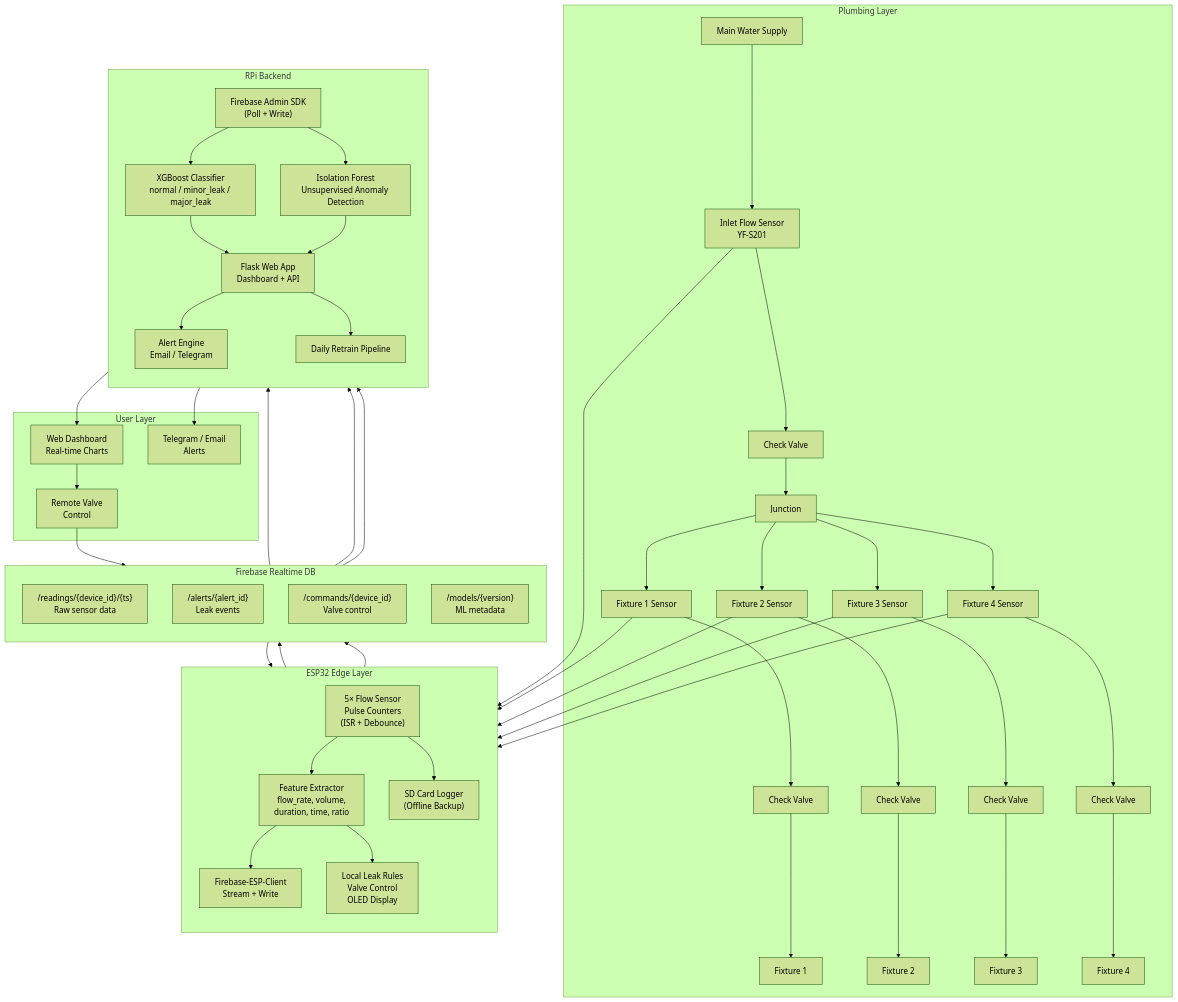
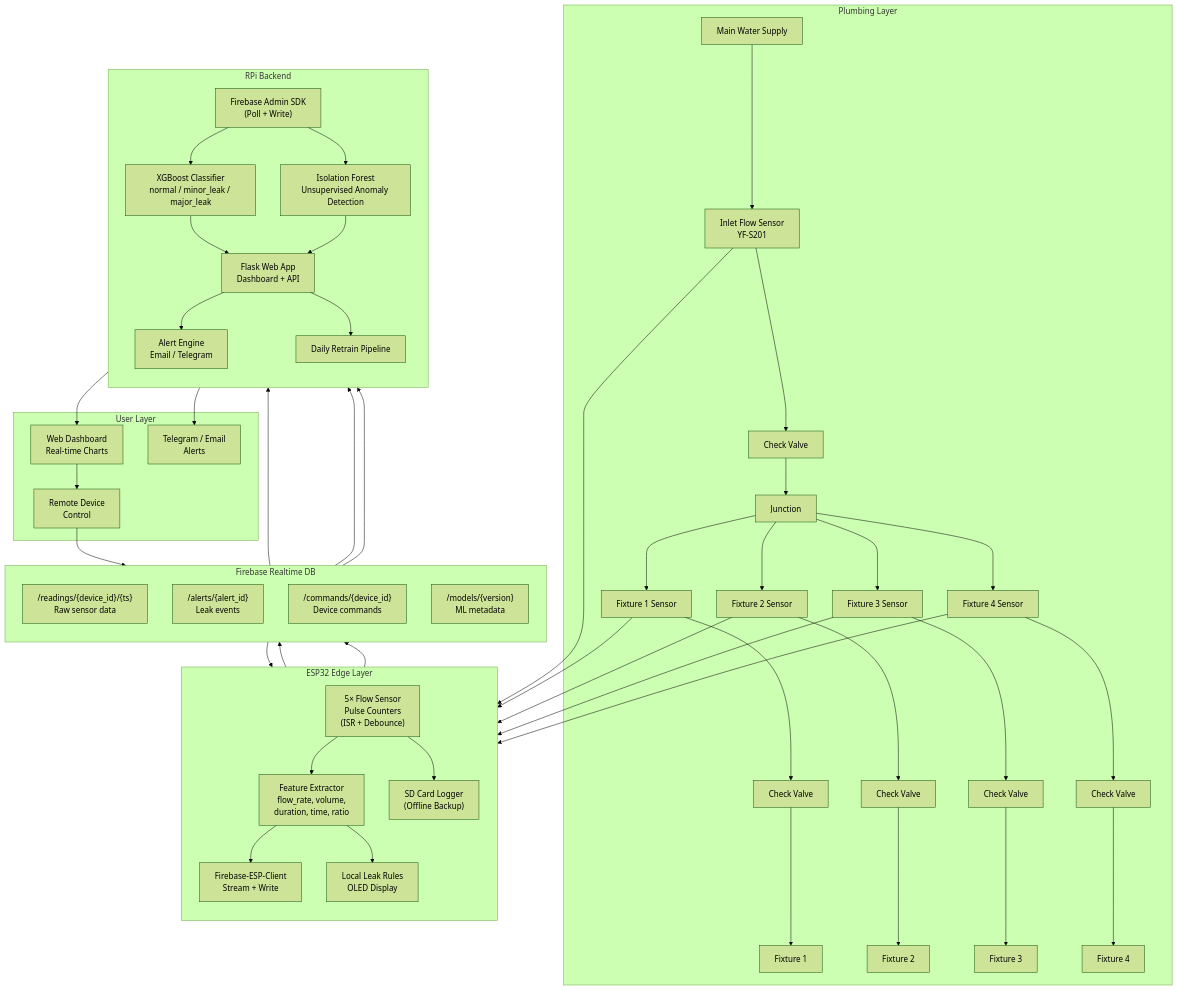
Before and after one commit to qppd/wmldad: the diagram in docs/system-architecture.md, drawn with Mermaid (forest theme). The commit also changed other lines of this file and 13 other files, not shown here.

First line of the commit message:
docs: remove solenoid valve/relay control; monitoring-only system with check valves

````diff
--- a/docs/system-architecture.md
+++ b/docs/system-architecture.md
@@ -18,80 +18,80 @@
 ```mermaid
 graph TB
     subgraph "Plumbing Layer"
         A[Main Water Supply] --> B[Inlet Flow Sensor<br/>YF-S201]
         B --> C[Check Valve]
         C --> D[Junction]
         D --> E1[Fixture 1 Sensor]
         D --> E2[Fixture 2 Sensor]
         D --> E3[Fixture 3 Sensor]
         D --> E4[Fixture 4 Sensor]
         E1 --> CV1[Check Valve] --> F1[Fixture 1]
         E2 --> CV2[Check Valve] --> F2[Fixture 2]
         E3 --> CV3[Check Valve] --> F3[Fixture 3]
         E4 --> CV4[Check Valve] --> F4[Fixture 4]
     end
 
     subgraph "ESP32 Edge Layer"
         direction TB
         Sensors["5× Flow Sensor<br/>Pulse Counters<br/>(ISR + Debounce)"]
         Features["Feature Extractor<br/>flow_rate, volume,<br/>duration, time, ratio"]
         FirebaseClient["Firebase-ESP-Client<br/>Stream + Write"]
-        LocalCtrl["Local Leak Rules<br/>Valve Control<br/>OLED Display"]
+        LocalCtrl["Local Leak Rules<br/>OLED Display"]
         SDCard["SD Card Logger<br/>(Offline Backup)"]
         
         Sensors --> Features
         Features --> FirebaseClient
         Features --> LocalCtrl
         Sensors --> SDCard
     end
 
     subgraph "Firebase Realtime DB"
         direction TB
         Readings["/readings/{device_id}/{ts}<br/>Raw sensor data"]
         Alerts["/alerts/{alert_id}<br/>Leak events"]
-        Commands["/commands/{device_id}<br/>Valve control"]
+        Commands["/commands/{device_id}<br/>Device commands"]
         Models["/models/{version}<br/>ML metadata"]
     end
 
     subgraph "RPi Backend"
         direction TB
         FBAdmin["Firebase Admin SDK<br/>(Poll + Write)"]
         XGB["XGBoost Classifier<br/>normal / minor_leak / major_leak"]
         ISO["Isolation Forest<br/>Unsupervised Anomaly Detection"]
         Flask["Flask Web App<br/>Dashboard + API"]
         AlertEngine["Alert Engine<br/>Email / Telegram"]
         Retrain["Daily Retrain Pipeline"]
         
         FBAdmin --> XGB
         FBAdmin --> ISO
         XGB --> Flask
         ISO --> Flask
         Flask --> AlertEngine
         Flask --> Retrain
     end
 
     subgraph "User Layer"
         Dashboard["Web Dashboard<br/>Real-time Charts"]
         Notif["Telegram / Email<br/>Alerts"]
-        ValveCmd["Remote Valve<br/>Control"]
+        Cmd["Remote Device<br/>Control"]
     end
 
     B --> Sensors
     E1 --> Sensors
     E2 --> Sensors
     E3 --> Sensors
     E4 --> Sensors
     
     FirebaseClient --> Readings
     FirebaseClient --> Alerts
     Commands --> FirebaseClient
     
     Readings --> FBAdmin
     Alerts --> FBAdmin
     Commands --> FBAdmin
     
     Flask --> Dashboard
     AlertEngine --> Notif
-    Dashboard --> ValveCmd
-    ValveCmd --> Commands
+    Dashboard --> Cmd
+    Cmd --> Commands
 ```
````
